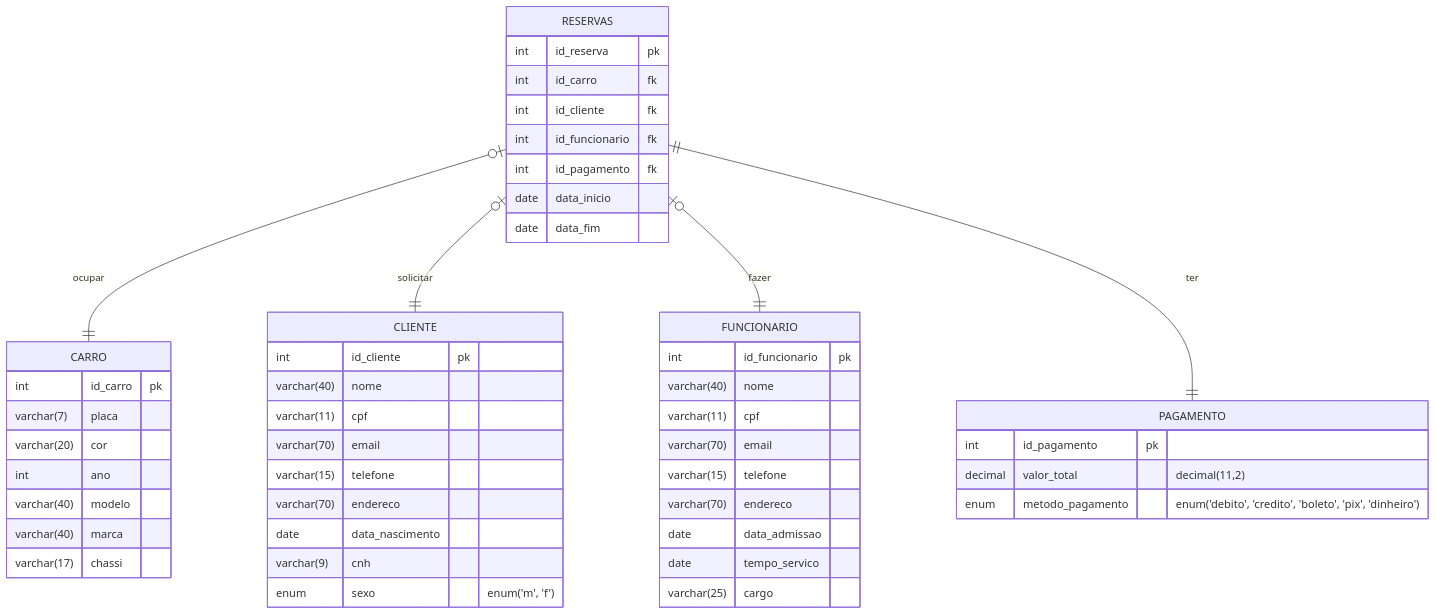
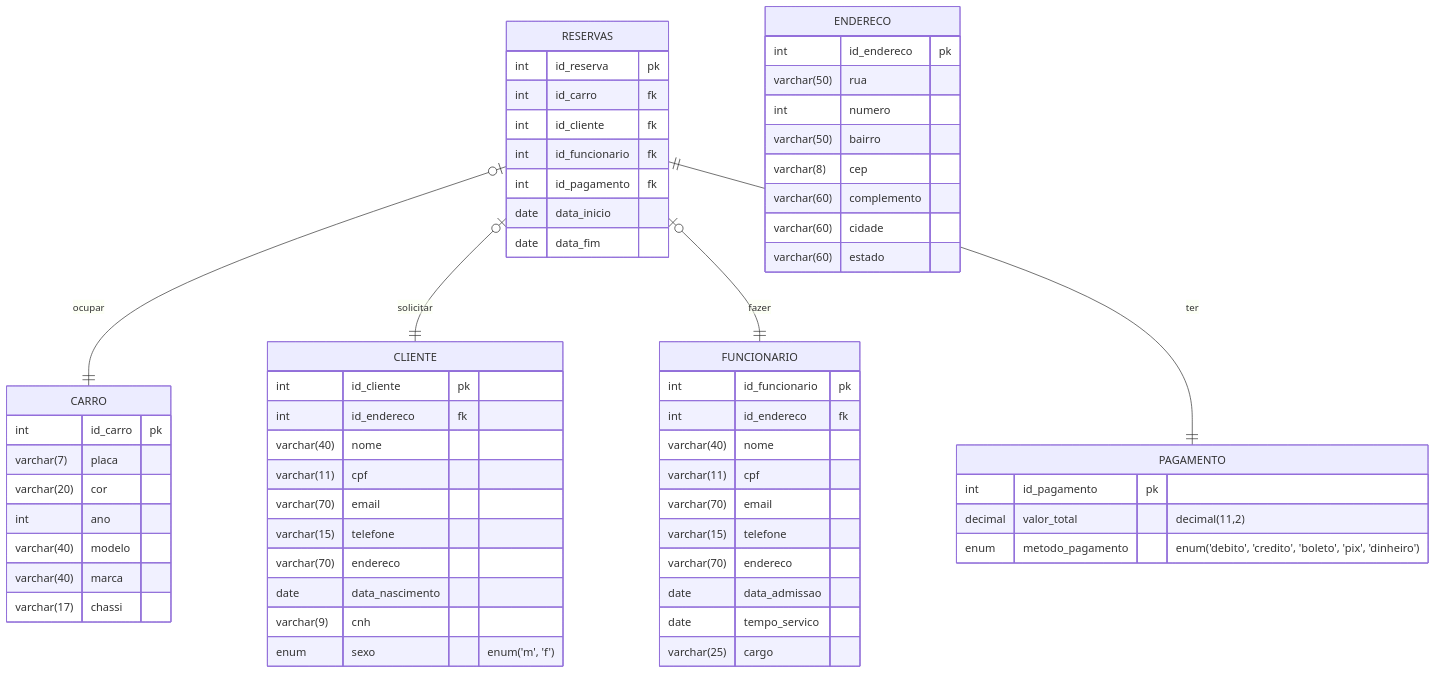
Before and after one commit to 4ntho0ny/documentacao_trabalho_banco_de_dados: the diagram in docs/index.md, drawn with Mermaid.

````diff
--- a/docs/index.md
+++ b/docs/index.md
@@ -13,58 +13,71 @@
 ``` mermaid
 erDiagram
 
 ca[CARRO] {
     int id_carro pk
     varchar(7) placa
     varchar(20) cor
     int ano
     varchar(40) modelo
     varchar(40) marca
     varchar(17) chassi
 }
 
 cl[CLIENTE] {
     int id_cliente pk
+    int id_endereco fk
     varchar(40) nome
     varchar(11) cpf
     varchar(70) email
     varchar(15) telefone
     varchar(70) endereco
     date data_nascimento
     varchar(9) cnh
     enum sexo "enum('m', 'f')"
 }
 
 f[FUNCIONARIO] {
     int id_funcionario pk
+    int id_endereco fk
     varchar(40) nome
     varchar(11) cpf
     varchar(70) email
     varchar(15) telefone
     varchar(70) endereco
     date data_admissao
     date tempo_servico
     varchar(25) cargo
 }
 
 r[RESERVAS] {
     int id_reserva pk
     int id_carro fk
     int id_cliente fk
     int id_funcionario fk
     int id_pagamento fk
     date data_inicio
     date data_fim
 }
 
 p[PAGAMENTO] {
     int id_pagamento pk
     decimal valor_total "decimal(11,2)"
     enum metodo_pagamento "enum('debito', 'credito', 'boleto', 'pix', 'dinheiro')"
 }
 
+e[ENDERECO] {
+    int id_endereco pk 
+    varchar(50) rua 
+    int numero
+    varchar(50) bairro
+    varchar(8) cep
+    varchar(60) complemento
+    varchar(60) cidade
+    varchar(60) estado
+}
+
 r |o--|| ca : ocupar
 r |o--|| cl : solicitar
 r |o--|| f : fazer
 r ||--|| p : ter
 ```
````
